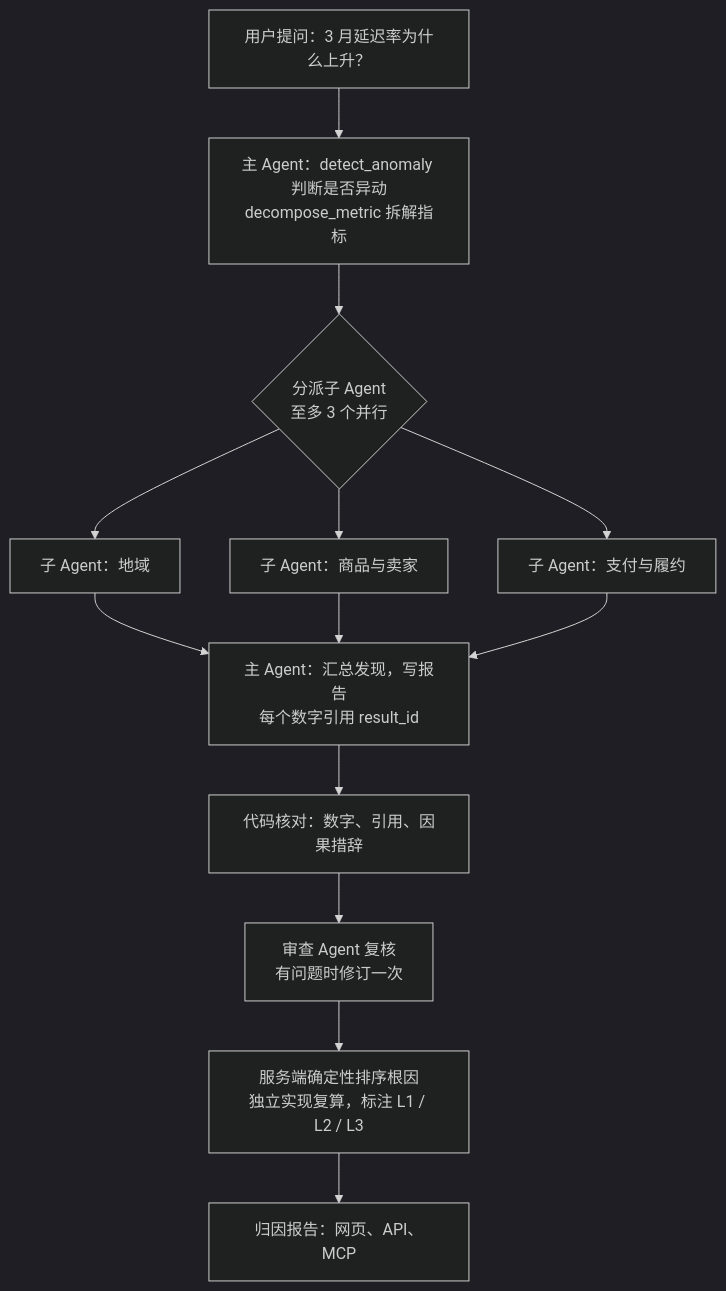
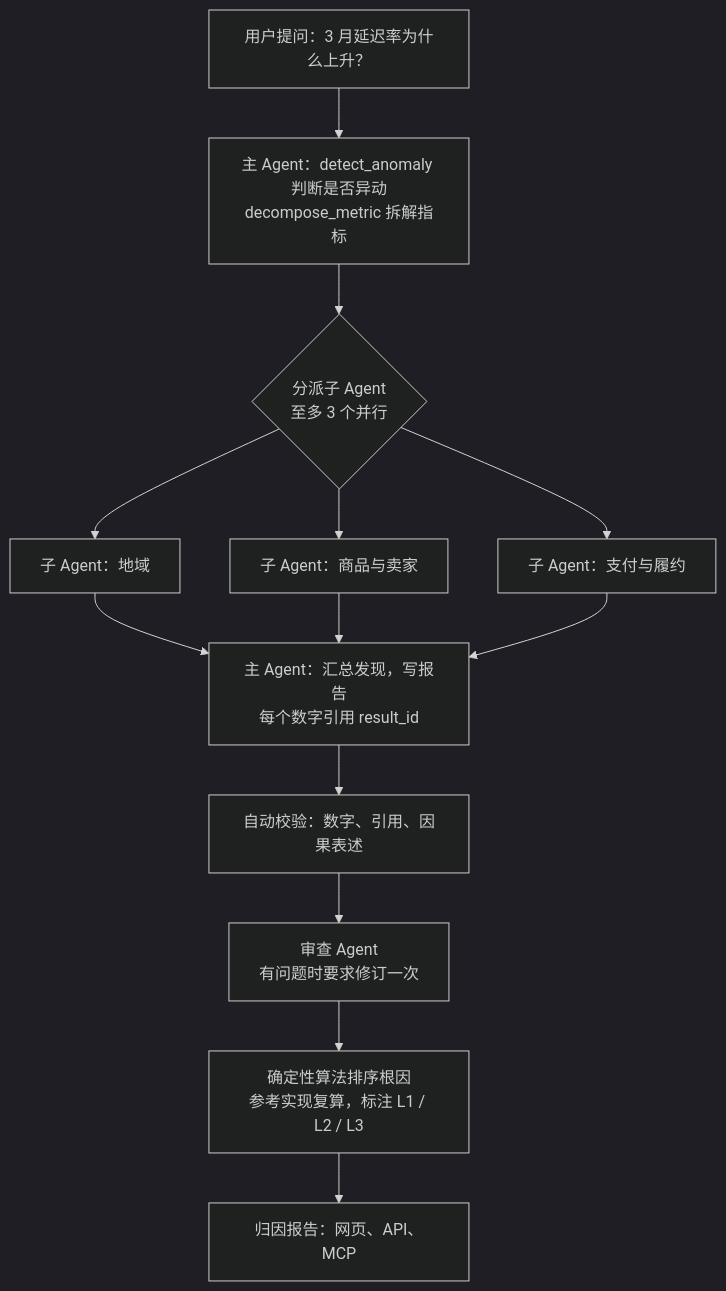
One commit to control-coder/metricproof changed the first of 2 diagrams in README.md. Above: the diagram before and after it, drawn with Mermaid (dark theme). The commit also changed other lines of this file, not shown here.

````diff
--- a/README.md
+++ b/README.md
@@ -41,13 +41,13 @@
 ```mermaid
 flowchart TD
     Q[用户提问：3 月延迟率为什么上升？] --> L1[主 Agent：detect_anomaly 判断是否异动<br/>decompose_metric 拆解指标]
     L1 --> D{分派子 Agent<br/>至多 3 个并行}
     D --> S1[子 Agent：地域]
     D --> S2[子 Agent：商品与卖家]
     D --> S3[子 Agent：支付与履约]
     S1 & S2 & S3 --> L2[主 Agent：汇总发现，写报告<br/>每个数字引用 result_id]
-    L2 --> C[代码核对：数字、引用、因果措辞]
-    C --> R[审查 Agent 复核<br/>有问题时修订一次]
-    R --> V[服务端确定性排序根因<br/>独立实现复算，标注 L1 / L2 / L3]
+    L2 --> C[自动校验：数字、引用、因果表述]
+    C --> R[审查 Agent<br/>有问题时要求修订一次]
+    R --> V[确定性算法排序根因<br/>参考实现复算，标注 L1 / L2 / L3]
     V --> O[归因报告：网页、API、MCP]
 ```
````
